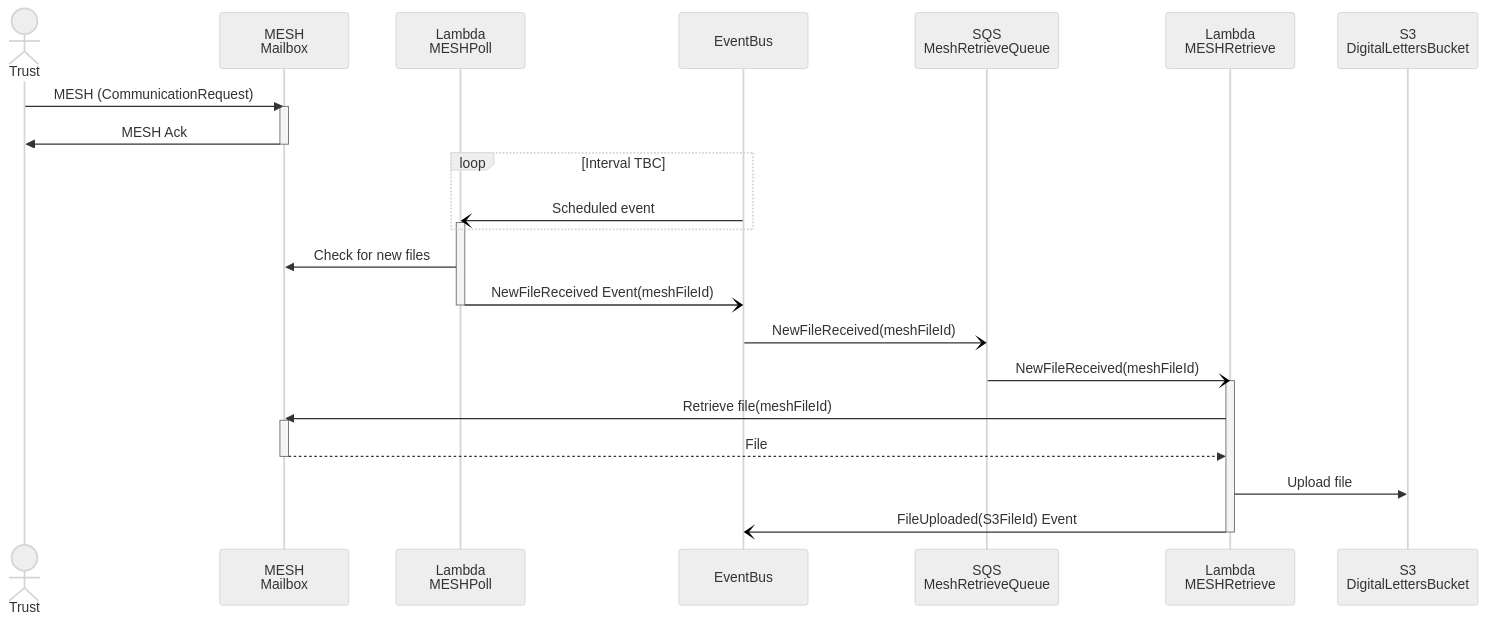
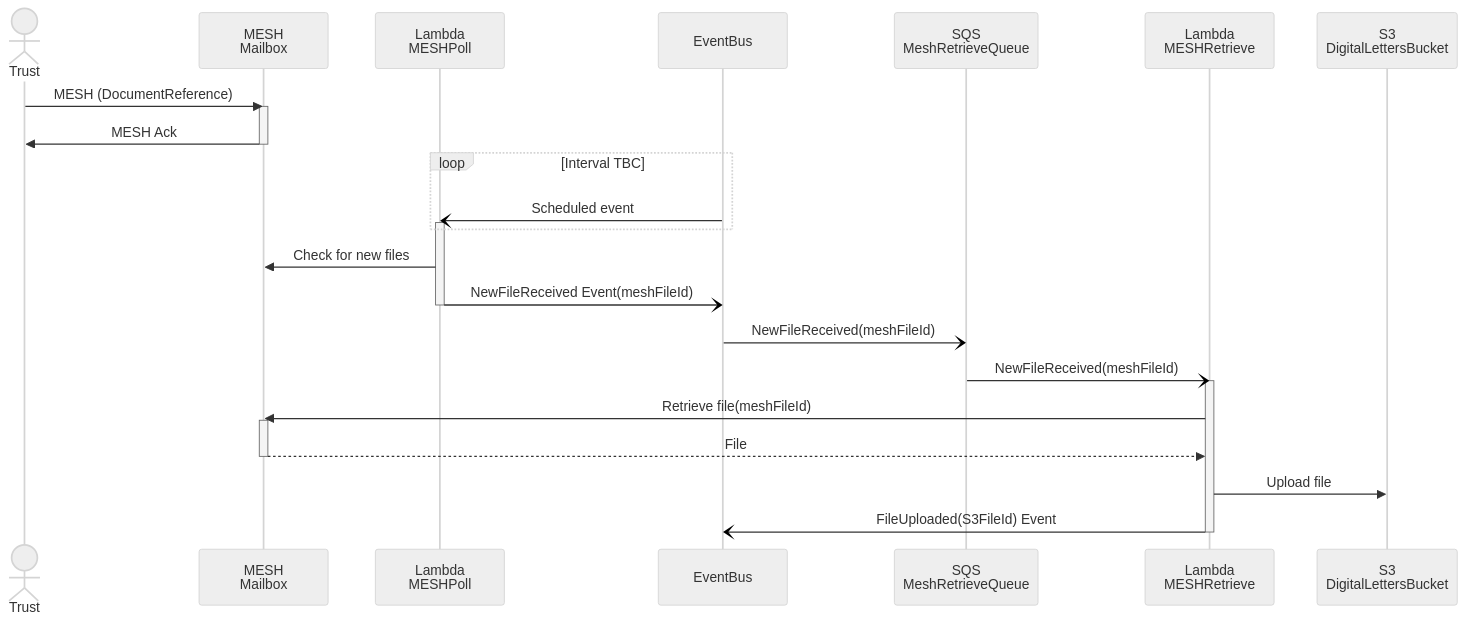
The diagram in docs/diagrams/mesh-sequence.md (RossBugginsNHS/nhs-notify-digital-letters), drawn with Mermaid (neutral theme) before and after one commit. The commit also changed 7 other files, not shown here.

First line of the commit message:
CCM-12605 pdm diagrams (#43)

````diff
--- a/docs/diagrams/mesh-sequence.md
+++ b/docs/diagrams/mesh-sequence.md
@@ -14,35 +14,35 @@
 ```mermaid
 
 sequenceDiagram
   actor trust as Trust
   participant meshMailbox as MESH<br/>Mailbox
   participant meshPoll as Lambda<br/>MESHPoll
   participant eventBus as EventBus
   participant sqs as SQS<br/>MeshRetrieveQueue
   participant meshRetrieve  as Lambda<br/>MESHRetrieve
   participant s3 as S3<br/>DigitalLettersBucket
 
-  trust ->> meshMailbox: MESH (CommunicationRequest)
+  trust ->> meshMailbox: MESH (DocumentReference)
   activate meshMailbox
     meshMailbox ->> trust: MESH Ack
   deactivate meshMailbox
 
   Loop Interval TBC
     eventBus -) meshPoll: Scheduled event
     activate meshPoll
   end
   meshPoll ->> meshMailbox: Check for new files
   meshPoll -) eventBus: NewFileReceived Event(meshFileId)
   deactivate meshPoll
 
   eventBus -) sqs: NewFileReceived(meshFileId)
   sqs -) meshRetrieve: NewFileReceived(meshFileId)
   activate meshRetrieve
     meshRetrieve ->> meshMailbox: Retrieve file(meshFileId)
     activate meshMailbox
       meshMailbox -->> meshRetrieve: File
     deactivate meshMailbox
     meshRetrieve ->> s3: Upload file
     meshRetrieve -) eventBus: FileUploaded(S3FileId) Event
   deactivate meshRetrieve
 ```
````
